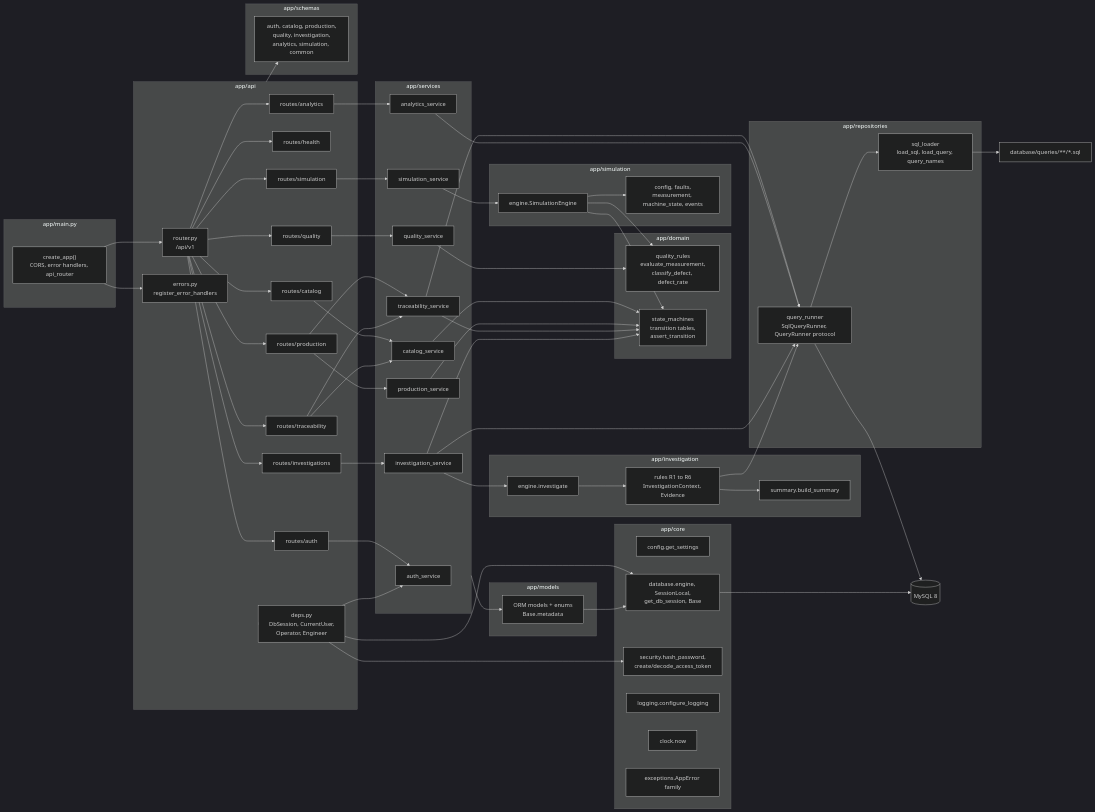
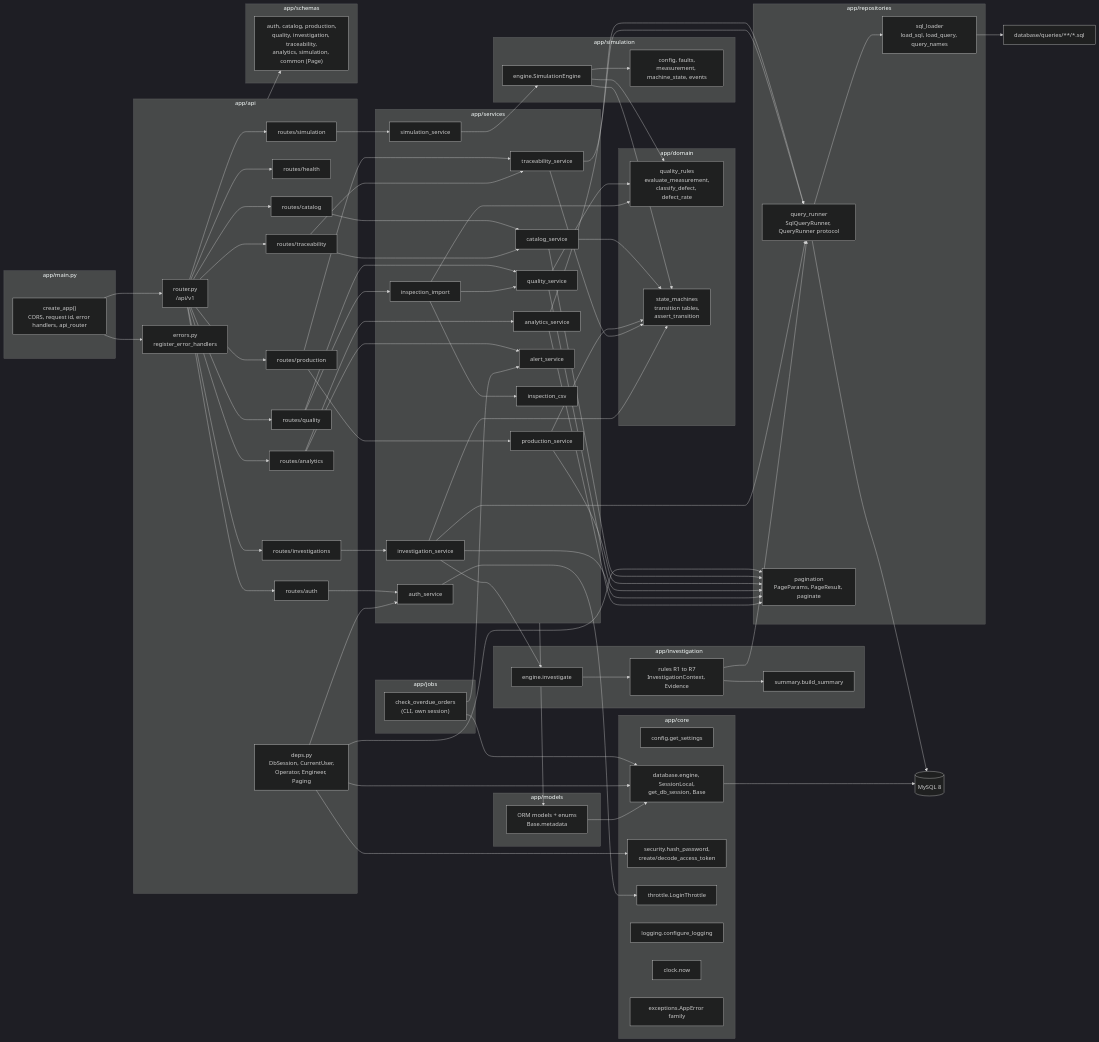
Before and after one commit to shritej6/factory-sherlock: the first of 3 diagrams in docs/architecture/component-design.md, drawn with Mermaid (dark theme). The commit also changed other lines of this file and 7 other files, not shown here.

Commit message:
docs(architecture): describe pagination, import, overdue alerts, R7, throttle, and the e2e layer

````diff
--- a/docs/architecture/component-design.md
+++ b/docs/architecture/component-design.md
@@ -9,12 +9,16 @@
 ```mermaid
 flowchart LR
     subgraph main["app/main.py"]
-        App["create_app()<br/>CORS, error handlers, api_router"]
+        App["create_app()<br/>CORS, request id, error handlers, api_router"]
+    end
+
+    subgraph jobs["app/jobs"]
+        J1["check_overdue_orders<br/>(CLI, own session)"]
     end
 
     subgraph api["app/api"]
         Router["router.py<br/>/api/v1"]
-        Deps["deps.py<br/>DbSession, CurrentUser,<br/>Operator, Engineer"]
+        Deps["deps.py<br/>DbSession, CurrentUser,<br/>Operator, Engineer, Paging"]
         ErrH["errors.py<br/>register_error_handlers"]
         R1["routes/health"]
         R2["routes/auth"]
@@ -28,7 +32,7 @@
     end
 
     subgraph schemas["app/schemas"]
-        Sch["auth, catalog, production,<br/>quality, investigation,<br/>analytics, simulation, common"]
+        Sch["auth, catalog, production,<br/>quality, investigation, traceability,<br/>analytics, simulation, common (Page)"]
     end
 
     subgraph services["app/services"]
@@ -40,6 +44,9 @@
         S6["investigation_service"]
         S7["analytics_service"]
         S8["simulation_service"]
+        S9["alert_service"]
+        S10["inspection_import"]
+        S11["inspection_csv"]
     end
 
     subgraph domain["app/domain"]
@@ -54,13 +61,14 @@
 
     subgraph investigation["app/investigation"]
         IE["engine.investigate"]
-        IR["rules R1 to R6<br/>InvestigationContext, Evidence"]
+        IR["rules R1 to R7<br/>InvestigationContext, Evidence"]
         IS["summary.build_summary"]
     end
 
     subgraph repos["app/repositories"]
         QL["sql_loader<br/>load_sql, load_query, query_names"]
         QR["query_runner<br/>SqlQueryRunner, QueryRunner protocol"]
+        PG["pagination<br/>PageParams, PageResult, paginate"]
     end
 
     subgraph models["app/models"]
@@ -71,6 +79,7 @@
         C1["config.get_settings"]
         C2["database.engine, SessionLocal,<br/>get_db_session, Base"]
         C3["security.hash_password,<br/>create/decode_access_token"]
+        C7["throttle.LoginThrottle"]
         C4["logging.configure_logging"]
         C6["clock.now"]
         C5["exceptions.AppError family"]
@@ -85,22 +94,27 @@
     R2 --> S1
     R3 --> S2
     R4 --> S3 & S5
-    R5 --> S4
+    R5 --> S4 & S10
     R6 --> S6
     R7 --> S5 & S2
-    R8 --> S7
+    R8 --> S7 & S9
     R9 --> S8
+    J1 --> S9
+    J1 --> C2
     api --> Deps
-    Deps --> C2 & C3 & S1
+    Deps --> C2 & C3 & S1 & PG
     api --> Sch
+    S1 --> C7
+    S10 --> S11 & S4
     S2 & S3 & S5 & S6 --> D2
-    S4 --> D1
+    S4 & S10 --> D1
     S6 --> IE
     IE --> IR --> IS
     S8 --> SimE
     SimE --> SimC
     SimE --> D1 & D2
     S5 & S7 & S6 --> QR
+    S2 & S3 & S4 & S6 & S7 --> PG
     IR --> QR
     QR --> QL
     QL --> SQLF
````
